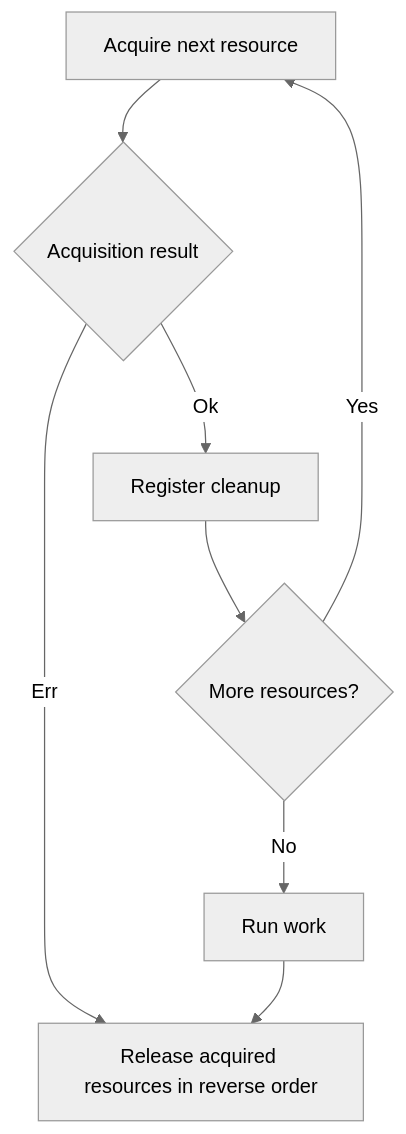
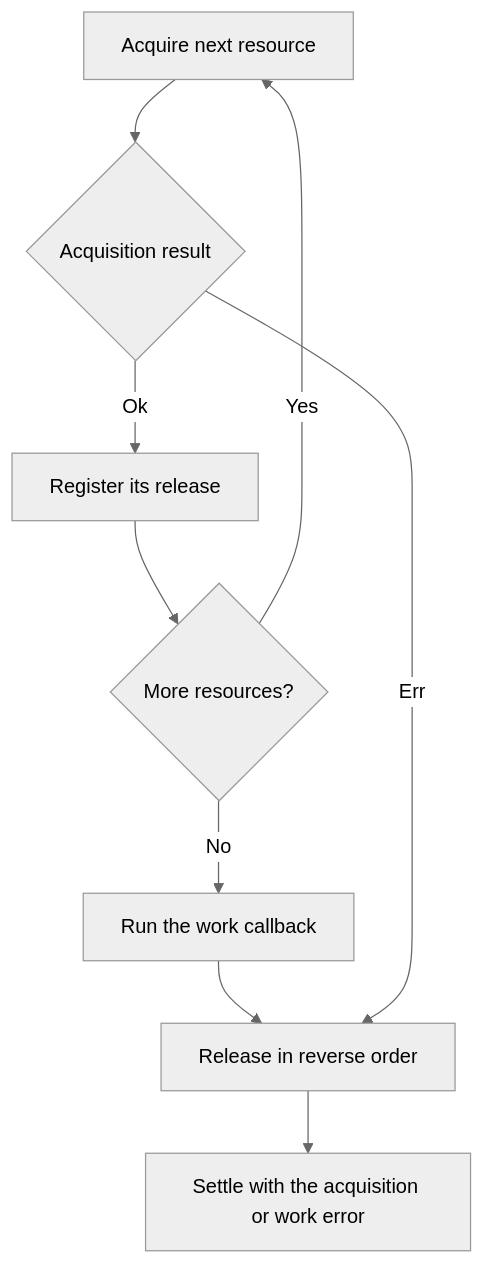
One commit to pplnd/core changed the diagram in docs/src/content/docs/guides/resource.md. Above: the diagram before and after it, drawn with Mermaid (neutral theme). The commit also changed other lines of this file and 63 other files, not shown here.

````diff
--- a/docs/src/content/docs/guides/resource.md
+++ b/docs/src/content/docs/guides/resource.md
@@ -30,10 +42,11 @@
 ```mermaid
 flowchart TD
-  Acquire["Acquire next resource"] --> Result{"Acquisition result"}
-  Result -->|Ok| Register["Register cleanup"]
+  Acquire["Acquire next resource"] --> Outcome{"Acquisition result"}
+  Outcome -->|Ok| Register["Register its release"]
   Register --> More{"More resources?"}
   More -->|Yes| Acquire
-  More -->|No| Work["Run work"]
-  Result -->|Err| Cleanup["Release acquired resources in reverse order"]
-  Work --> Cleanup
+  More -->|No| Work["Run the work callback"]
+  Work --> Release["Release in reverse order"]
+  Outcome -->|Err| Release
+  Release --> Settle["Settle with the acquisition or work error"]
 ```
````
